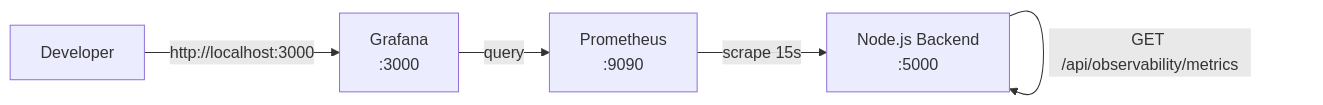
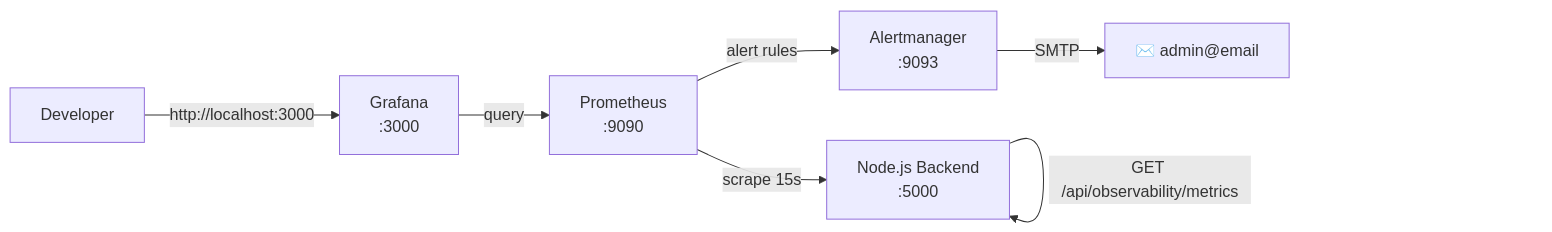
Diagram 11 of 11 in backend/README.md (Nourhenebenothmen22/smart-ecommerce-platform), drawn with Mermaid before and after one commit. The commit also changed other lines of this file, not shown here.

Commit message:
docs: update README with full monitoring stack (Prometheus, Alertmanager, Grafana) + commands + alert rules table

````diff
--- a/backend/README.md
+++ b/backend/README.md
@@ -544,7 +569,9 @@
 ```mermaid
 graph LR
     Backend[Node.js Backend<br/>:5000] -->|GET /api/observability/metrics| Backend
     Prometheus[Prometheus<br/>:9090] -->|scrape 15s| Backend
+    Prometheus -->|alert rules| Alertmanager[Alertmanager<br/>:9093]
+    Alertmanager -->|SMTP| Email[✉️ admin@email]
     Grafana[Grafana<br/>:3000] -->|query| Prometheus
     Dev[Developer] -->|http://localhost:3000| Grafana
 ```
````
